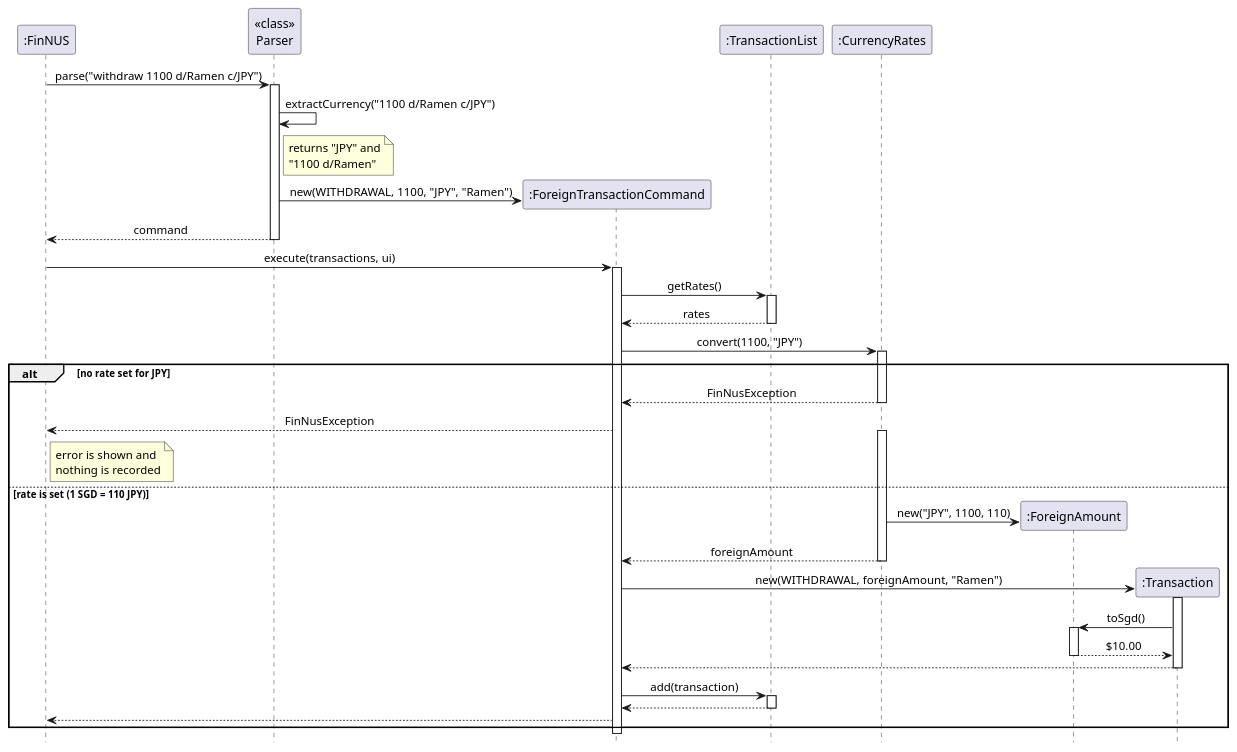
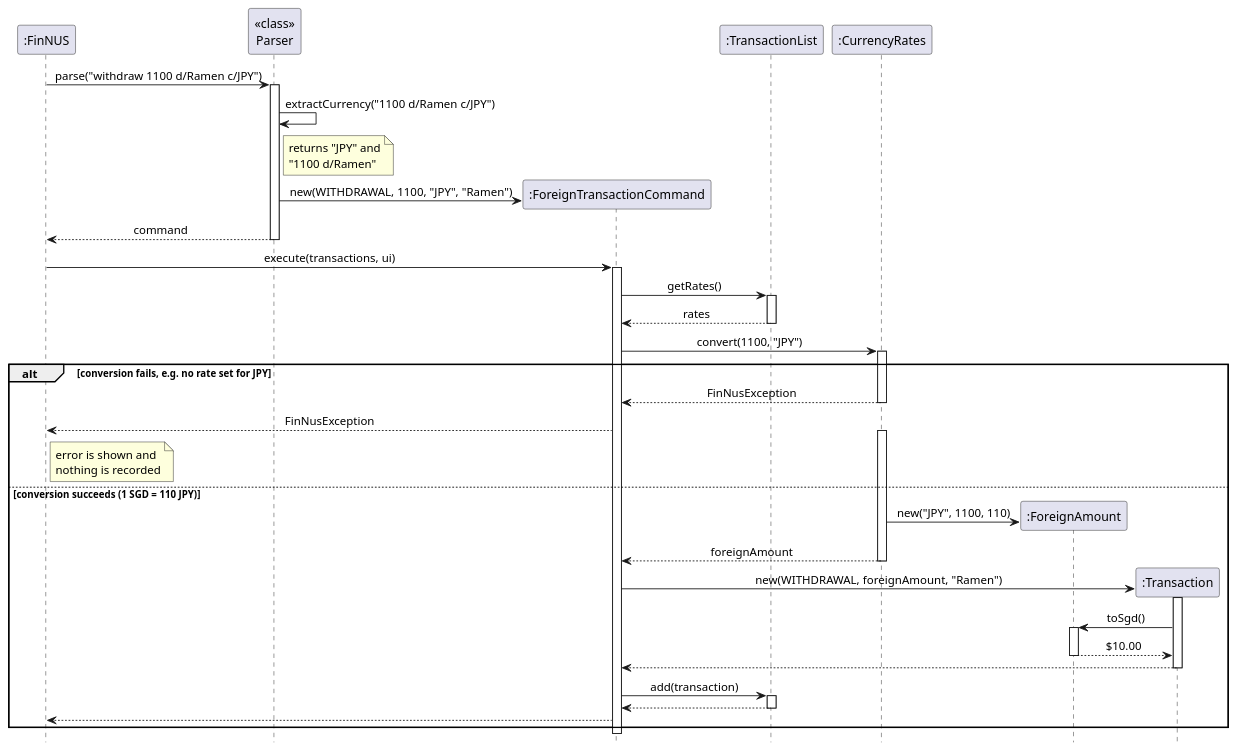
One commit to AY2627S1-CS2113-W13-2/tp changed the diagram in docs/diagrams/ForeignTransactionSequenceDiagram.puml. Above: the diagram before and after it, drawn with PlantUML. The commit also changed 1 other file, not shown here.

Commit message:
Relabel diagram branches to cover all conversion errors
convert() also fails for amounts below $0.01 or above the maximum, not only a missing rate.

```diff
--- a/docs/diagrams/ForeignTransactionSequenceDiagram.puml
+++ b/docs/diagrams/ForeignTransactionSequenceDiagram.puml
@@ -1,64 +1,64 @@
 @startuml
 ' Sequence diagram for "withdraw 1100 d/Ramen c/JPY".
 ' Logging, console input/output and argument validation are left out to focus on the objects involved.
 hide footbox
 skinparam shadowing false
 skinparam sequenceMessageAlign center
 
 participant ":FinNUS" as FinNUS
 participant "<<class>>\nParser" as Parser
 participant ":ForeignTransactionCommand" as Command
 participant ":TransactionList" as TransactionList
 participant ":CurrencyRates" as CurrencyRates
 participant ":ForeignAmount" as ForeignAmount
 participant ":Transaction" as Transaction
 
 FinNUS -> Parser : parse("withdraw 1100 d/Ramen c/JPY")
 activate Parser
 Parser -> Parser : extractCurrency("1100 d/Ramen c/JPY")
 note right of Parser : returns "JPY" and\n"1100 d/Ramen"
 create Command
 Parser -> Command : new(WITHDRAWAL, 1100, "JPY", "Ramen")
 Parser --> FinNUS : command
 deactivate Parser
 
 FinNUS -> Command : execute(transactions, ui)
 activate Command
 Command -> TransactionList : getRates()
 activate TransactionList
 TransactionList --> Command : rates
 deactivate TransactionList
 
 Command -> CurrencyRates : convert(1100, "JPY")
 activate CurrencyRates
 
-alt no rate set for JPY
+alt conversion fails, e.g. no rate set for JPY
     CurrencyRates --> Command : FinNusException
     deactivate CurrencyRates
     Command --> FinNUS : FinNusException
     note right of FinNUS : error is shown and\nnothing is recorded
-else rate is set (1 SGD = 110 JPY)
+else conversion succeeds (1 SGD = 110 JPY)
     activate CurrencyRates
     create ForeignAmount
     CurrencyRates -> ForeignAmount : new("JPY", 1100, 110)
     CurrencyRates --> Command : foreignAmount
     deactivate CurrencyRates
 
     create Transaction
     Command -> Transaction : new(WITHDRAWAL, foreignAmount, "Ramen")
     activate Transaction
     Transaction -> ForeignAmount : toSgd()
     activate ForeignAmount
     ForeignAmount --> Transaction : $10.00
     deactivate ForeignAmount
     Transaction --> Command
     deactivate Transaction
 
     Command -> TransactionList : add(transaction)
     activate TransactionList
     TransactionList --> Command
     deactivate TransactionList
     Command --> FinNUS
 end
 deactivate Command
 @enduml
```
